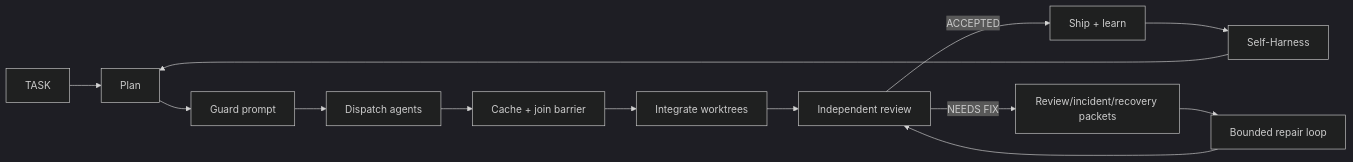
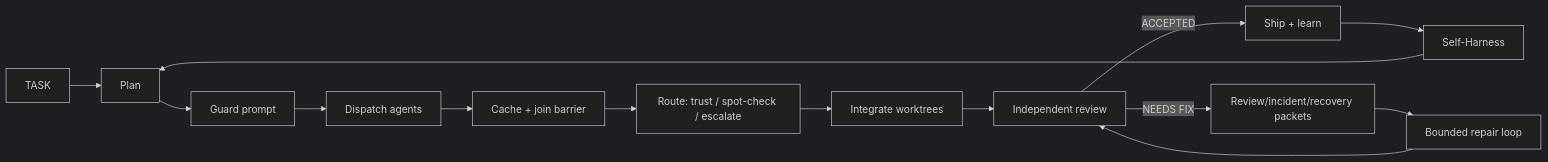
The diagram in README.md (BicaMindLabs/FuguNano), drawn with Mermaid (dark theme) before and after one commit. The commit also changed 3 other files, not shown here.

First line of the commit message:
docs(overview): add Route/Selector hop to overview SVG + mermaid (#8)

````diff
--- a/README.md
+++ b/README.md
@@ -55,15 +55,16 @@
 ```mermaid
 flowchart LR
   A["TASK"] --> B["Plan"]
   B --> C["Guard prompt"]
   C --> D["Dispatch agents"]
   D --> E["Cache + join barrier"]
-  E --> F["Integrate worktrees"]
+  E --> R["Route: trust / spot-check / escalate"]
+  R --> F["Integrate worktrees"]
   F --> G["Independent review"]
   G -->|ACCEPTED| H["Ship + learn"]
   G -->|NEEDS FIX| I["Review/incident/recovery packets"]
   I --> J["Bounded repair loop"]
   J --> G
   H --> K["Self-Harness"]
   K --> B
 ```
````
